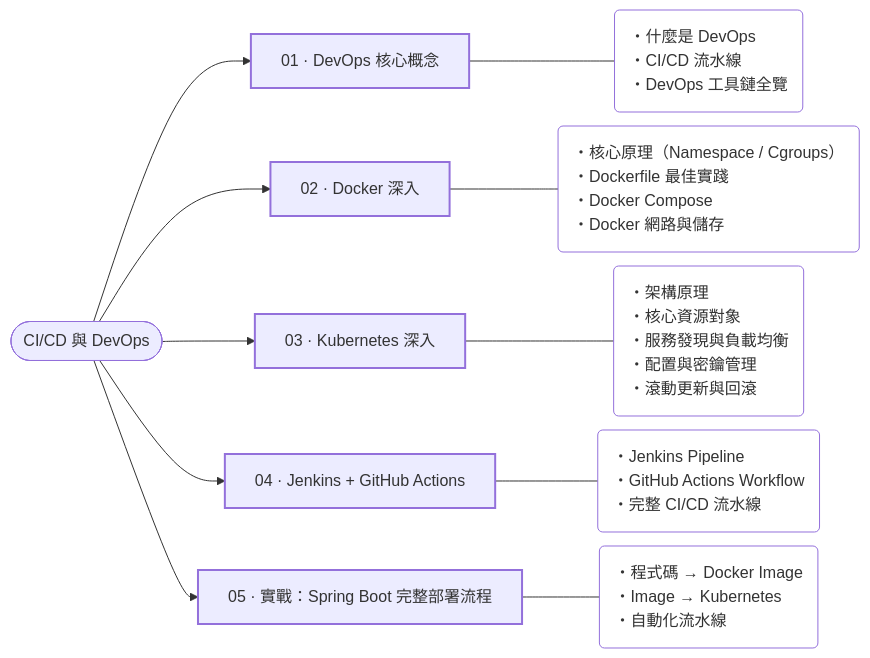
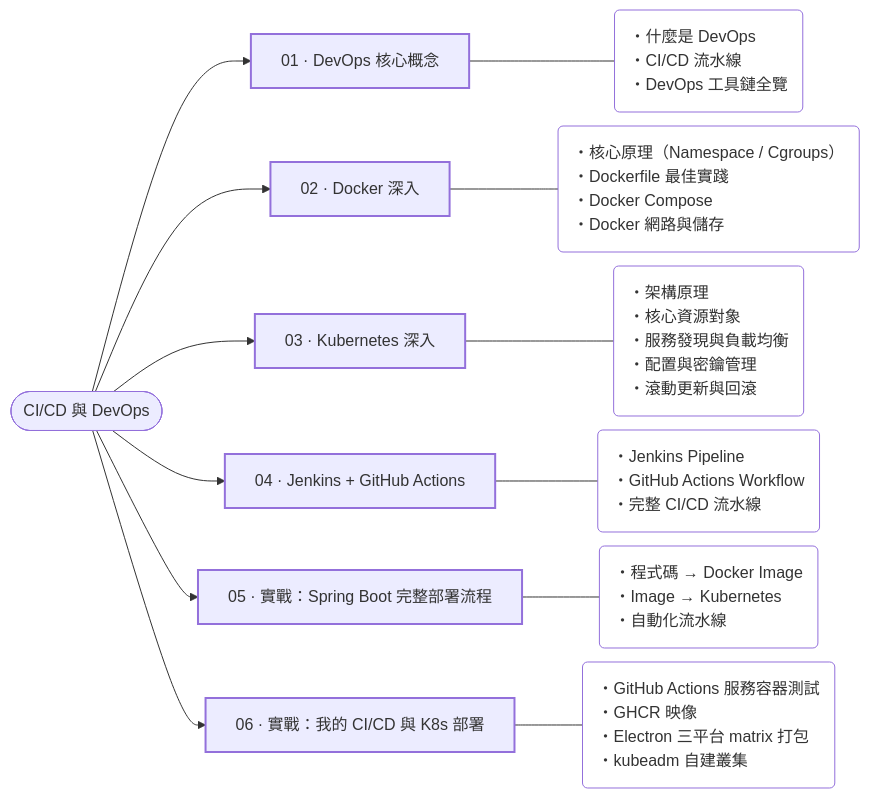
Before and after one commit to AnthonyFuFu/StudyNotes: the diagram in docs/engineering/cicd/index.md, drawn with Mermaid. The commit also changed other lines of this file and 69 other files, not shown here.

````diff
--- a/docs/engineering/cicd/index.md
+++ b/docs/engineering/cicd/index.md
@@ -13,29 +13,33 @@
 ``` mermaid
 %%{init: {"flowchart": {"nodeSpacing": 14, "rankSpacing": 36, "wrappingWidth": 420}}}%%
 flowchart LR
     R(["CI/CD 與 DevOps"])
     c0["01 · DevOps 核心概念"]
     R --> c0
     p0("・什麼是 DevOps<br>・CI/CD 流水線<br>・DevOps 工具鏈全覽")
     c0 --- p0
     c1["02 · Docker 深入"]
     R --> c1
     p1("・核心原理（Namespace / Cgroups）<br>・Dockerfile 最佳實踐<br>・Docker Compose<br>・Docker 網路與儲存")
     c1 --- p1
     c2["03 · Kubernetes 深入"]
     R --> c2
     p2("・架構原理<br>・核心資源對象<br>・服務發現與負載均衡<br>・配置與密鑰管理<br>・滾動更新與回滾")
     c2 --- p2
     c3["04 · Jenkins + GitHub Actions"]
     R --> c3
     p3("・Jenkins Pipeline<br>・GitHub Actions Workflow<br>・完整 CI/CD 流水線")
     c3 --- p3
     c4["05 · 實戰：Spring Boot 完整部署流程"]
     R --> c4
     p4("・程式碼 → Docker Image<br>・Image → Kubernetes<br>・自動化流水線")
     c4 --- p4
+    c5["06 · 實戰：我的 CI/CD 與 K8s 部署"]
+    R --> c5
+    p5("・GitHub Actions 服務容器測試<br>・GHCR 映像<br>・Electron 三平台 matrix 打包<br>・kubeadm 自建叢集")
+    c5 --- p5
     classDef chapter stroke-width:2px
     classDef points fill:transparent,text-align:left
-    class c0,c1,c2,c3,c4 chapter
-    class p0,p1,p2,p3,p4 points
+    class c0,c1,c2,c3,c4,c5 chapter
+    class p0,p1,p2,p3,p4,p5 points
 ```
````
